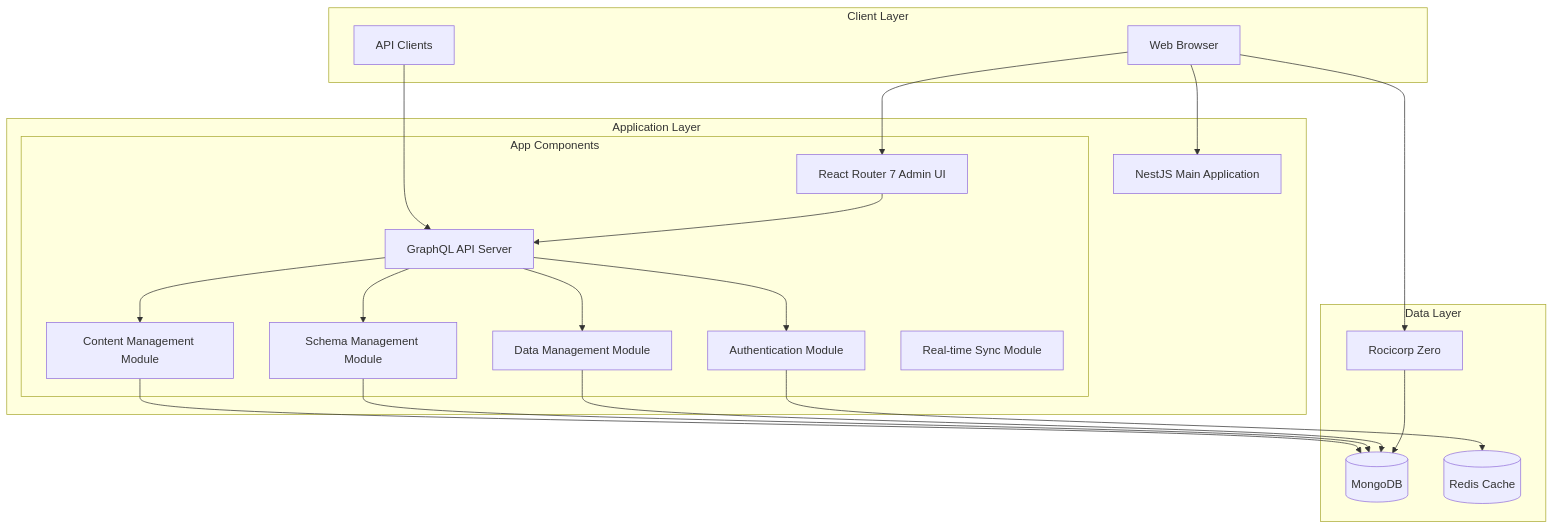
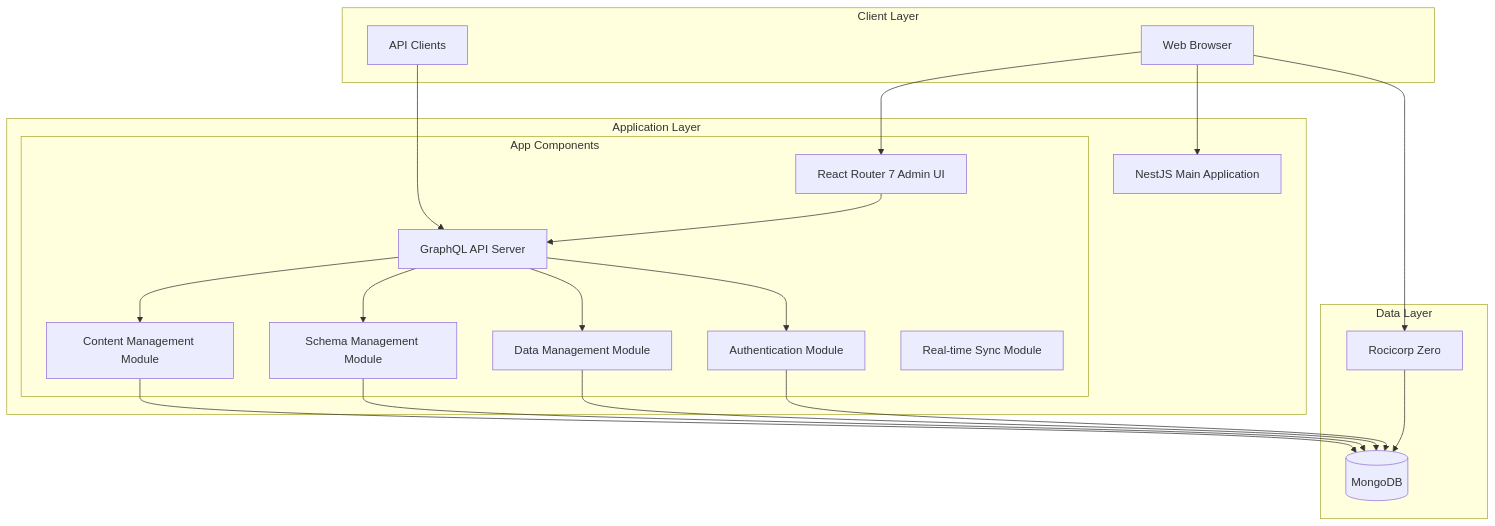
Before and after one commit to cbnsndwch/struktura: the first of 2 diagrams in docs/ARCHITECTURE.md, drawn with Mermaid. The commit also changed other lines of this file and 6 other files, not shown here.

````diff
--- a/docs/ARCHITECTURE.md
+++ b/docs/ARCHITECTURE.md
@@ -10,41 +10,40 @@
 ```mermaid
 graph TB
     subgraph "Client Layer"
         Browser[Web Browser]
         API_Client[API Clients]
     end
 
     subgraph "Application Layer"
         App[NestJS Main Application]
         subgraph "App Components"
             GraphQL[GraphQL API Server]
             AdminUI[React Router 7 Admin UI]
             Auth[Authentication Module]
             ContentMgmt[Content Management Module]
             SchemaMgmt[Schema Management Module]
             DataMgmt[Data Management Module]
             RealTime[Real-time Sync Module]
         end
     end
 
     subgraph "Data Layer"
         MongoDB[(MongoDB)]
-        Redis[(Redis Cache)]
         Zero[Rocicorp Zero]
     end
 
     Browser --> App
     API_Client --> GraphQL
     Browser --> AdminUI
     AdminUI --> GraphQL
     GraphQL --> Auth
     GraphQL --> ContentMgmt
     GraphQL --> SchemaMgmt
     GraphQL --> DataMgmt
     ContentMgmt --> MongoDB
     SchemaMgmt --> MongoDB
     DataMgmt --> MongoDB
-    Auth --> Redis
+    Auth --> MongoDB
     Zero --> MongoDB
     Browser --> Zero
 ```
````
